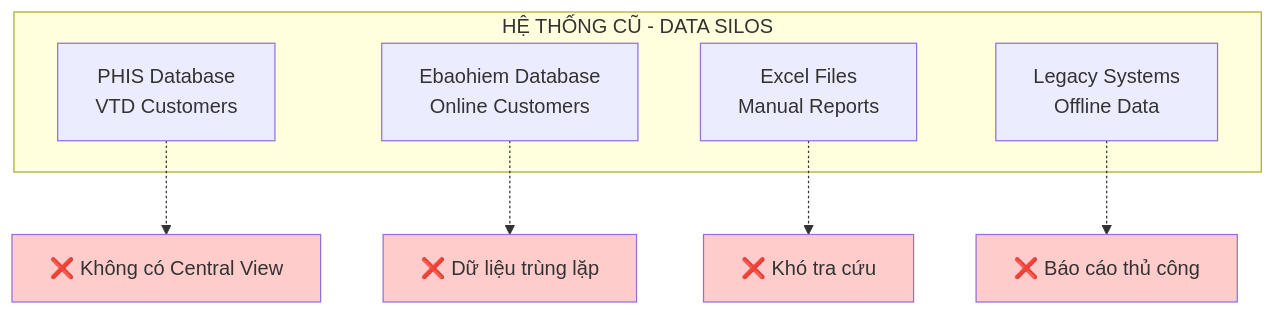
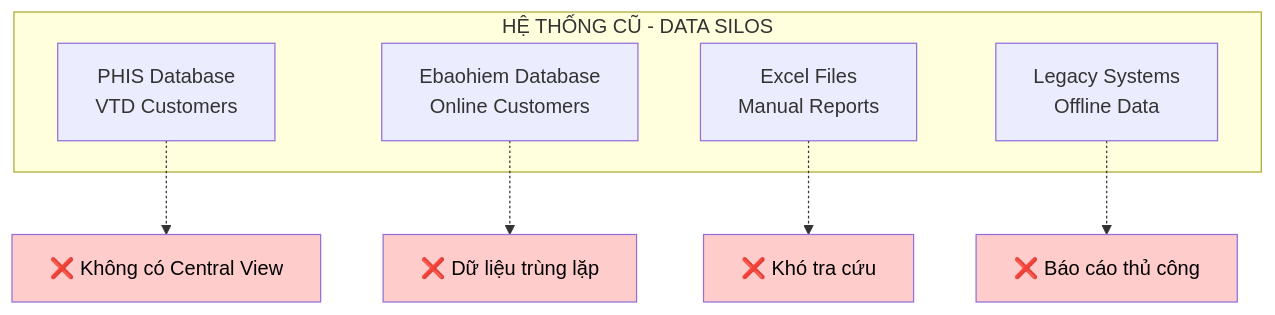
Before and after one commit to sonphampac/ReportAI: the first of 13 diagrams in README_CDP_PAC.md, drawn with Mermaid. The commit also changed other lines of this file, not shown here.

````diff
--- a/README_CDP_PAC.md
+++ b/README_CDP_PAC.md
@@ -145,24 +145,24 @@
 ```mermaid
 graph TB
     subgraph "HỆ THỐNG CŨ - DATA SILOS"
         A[PHIS Database<br/>VTD Customers] 
         B[Ebaohiem Database<br/>Online Customers]
         C[Excel Files<br/>Manual Reports]
         D[Legacy Systems<br/>Offline Data]
     end
     
     E[❌ Không có Central View]
     F[❌ Dữ liệu trùng lặp]
     G[❌ Khó tra cứu]
     H[❌ Báo cáo thủ công]
     
     A -.-> E
     B -.-> F  
     C -.-> G
     D -.-> H
     
-    style E fill:#ffcccc
-    style F fill:#ffcccc
-    style G fill:#ffcccc
-    style H fill:#ffcccc
+    style E fill:#ffcccc,color:#000000
+    style F fill:#ffcccc,color:#000000
+    style G fill:#ffcccc,color:#000000
+    style H fill:#ffcccc,color:#000000
 ```
````
